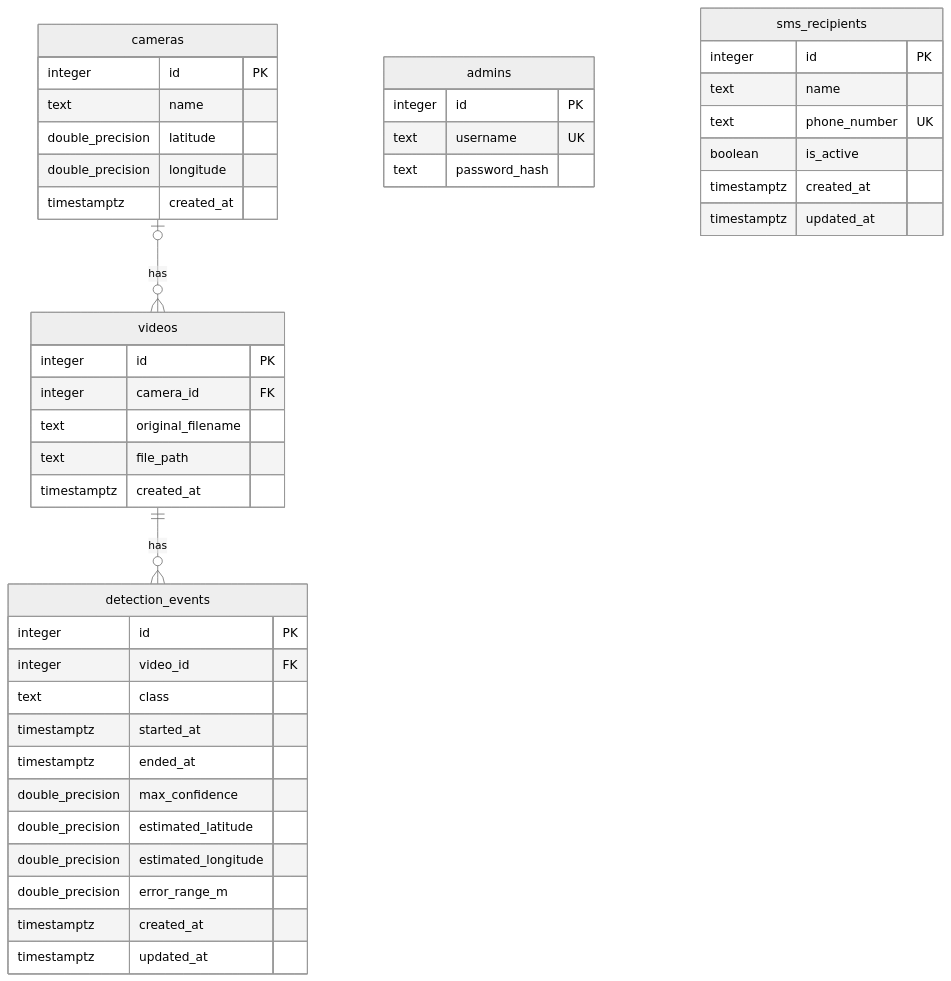
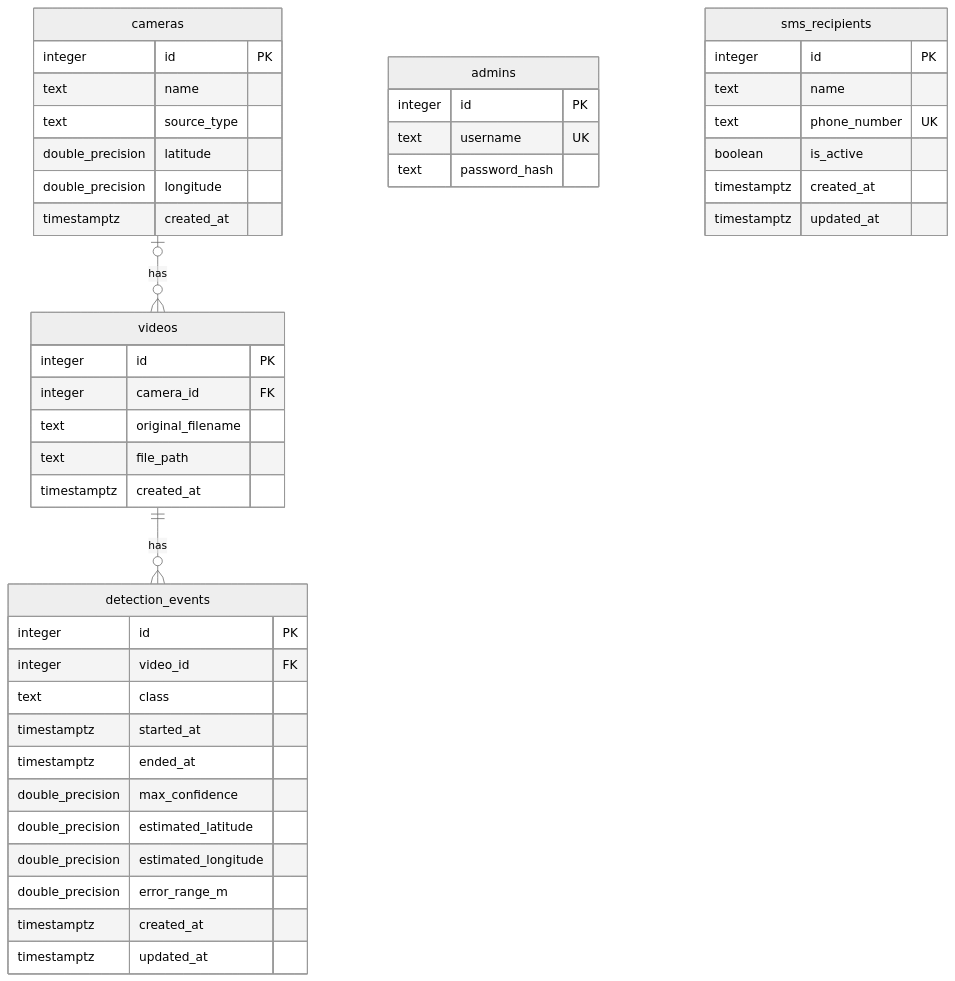
One commit to KNU-FireGuard/wildfire-detection-geolocation changed the diagram in docs/DATABASE.md. Above: the diagram before and after it, drawn with Mermaid (neutral theme). The commit also changed other lines of this file and 17 other files, not shown here.

````diff
--- a/docs/DATABASE.md
+++ b/docs/DATABASE.md
@@ -14,46 +9,47 @@
 ```mermaid
 erDiagram
     cameras |o--o{ videos : has
     videos ||--o{ detection_events : has
 
     cameras {
         integer id PK
         text name
+        text source_type
         double_precision latitude
         double_precision longitude
         timestamptz created_at
     }
     videos {
         integer id PK
         integer camera_id FK
         text original_filename
         text file_path
         timestamptz created_at
     }
     detection_events {
         integer id PK
         integer video_id FK
         text class
         timestamptz started_at
         timestamptz ended_at
         double_precision max_confidence
         double_precision estimated_latitude
         double_precision estimated_longitude
         double_precision error_range_m
         timestamptz created_at
         timestamptz updated_at
     }
     admins {
         integer id PK
         text username UK
         text password_hash
     }
     sms_recipients {
         integer id PK
         text name
         text phone_number UK
         boolean is_active
         timestamptz created_at
         timestamptz updated_at
     }
 ```
````
